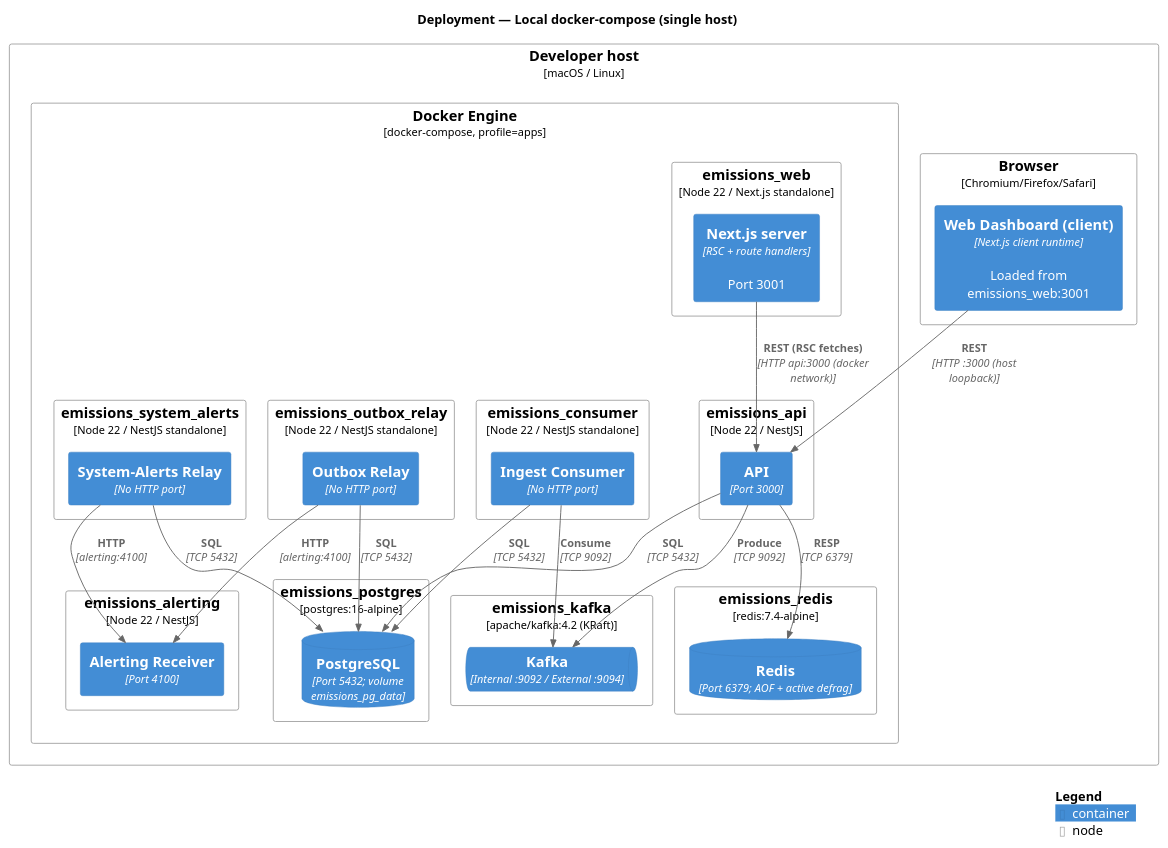
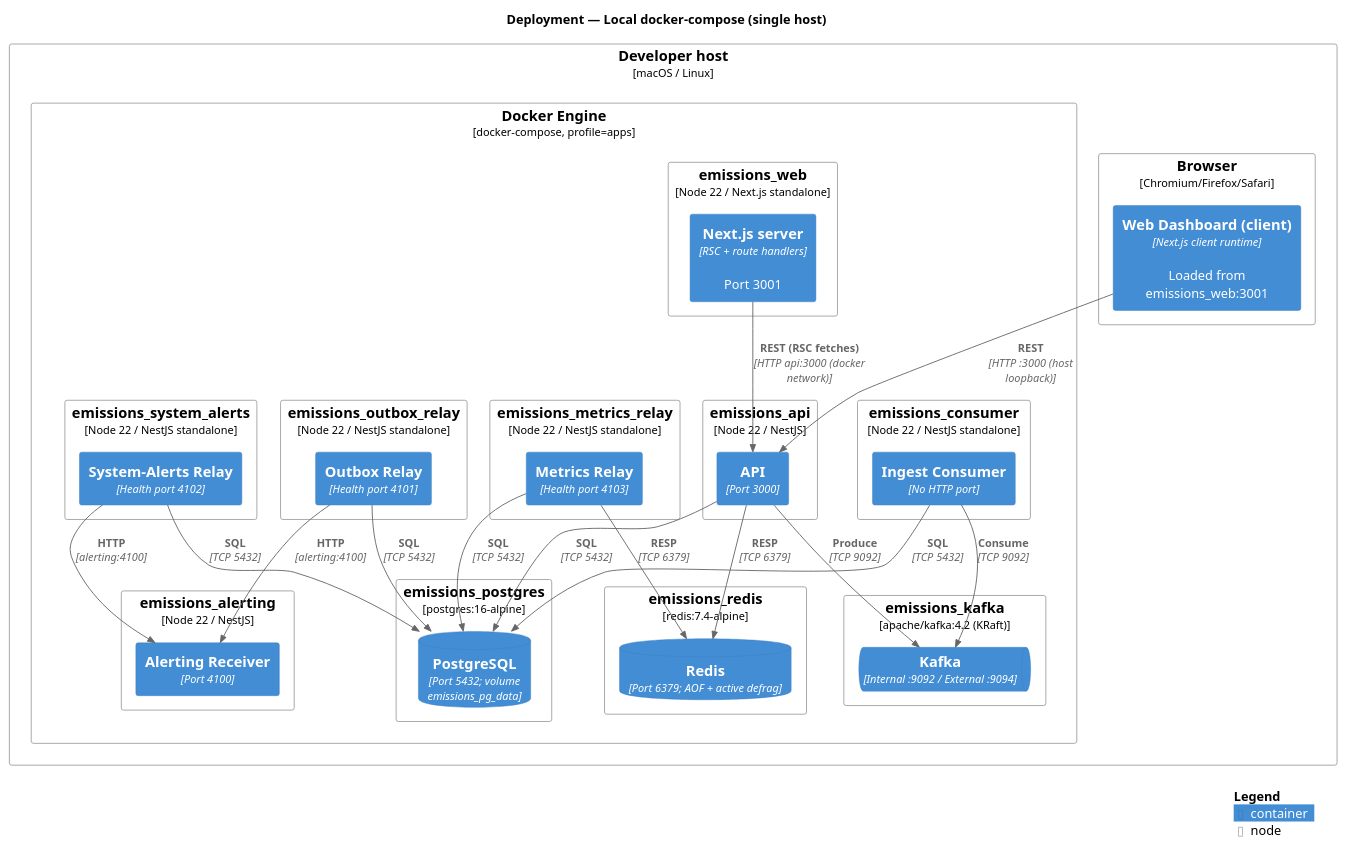
One commit to mehdone/Full-Stack-Take-Home changed the diagram in docs/c4/deployment.puml. Above: the diagram before and after it, drawn with PlantUML. The commit also changed 5 other files, not shown here.

Commit message:
Expanded C4 diagrams with `metrics-relay` components, updated Kafka topic naming, and integrated `metrics_outbox` table with related workflows. Enhanced documentation and deployment model to reflect new architecture.

```diff
--- a/docs/c4/deployment.puml
+++ b/docs/c4/deployment.puml
@@ -1,58 +1,63 @@
 @startuml Deployment
 !include https://raw.githubusercontent.com/plantuml-stdlib/C4-PlantUML/master/C4_Deployment.puml
 
 title Deployment — Local docker-compose (single host)
 
 Deployment_Node(host, "Developer host", "macOS / Linux") {
 
   Deployment_Node(browser, "Browser", "Chromium/Firefox/Safari") {
     Container(web_runtime, "Web Dashboard (client)", "Next.js client runtime", "Loaded from emissions_web:3001")
   }
 
   Deployment_Node(docker, "Docker Engine", "docker-compose, profile=apps") {
 
     Deployment_Node(n_web,    "emissions_web",            "Node 22 / Next.js standalone") {
       Container(web_server, "Next.js server", "RSC + route handlers", "Port 3001")
     }
     Deployment_Node(n_api,    "emissions_api",            "Node 22 / NestJS") {
       Container(api_inst, "API", "Port 3000")
     }
     Deployment_Node(n_cons,   "emissions_consumer",       "Node 22 / NestJS standalone") {
       Container(cons_inst, "Ingest Consumer", "No HTTP port")
     }
     Deployment_Node(n_relay,  "emissions_outbox_relay",   "Node 22 / NestJS standalone") {
-      Container(relay_inst, "Outbox Relay", "No HTTP port")
+      Container(relay_inst, "Outbox Relay", "Health port 4101")
     }
     Deployment_Node(n_sys,    "emissions_system_alerts",  "Node 22 / NestJS standalone") {
-      Container(sys_inst, "System-Alerts Relay", "No HTTP port")
+      Container(sys_inst, "System-Alerts Relay", "Health port 4102")
+    }
+    Deployment_Node(n_metrics_relay, "emissions_metrics_relay", "Node 22 / NestJS standalone") {
+      Container(metrics_relay_inst, "Metrics Relay", "Health port 4103")
     }
     Deployment_Node(n_alert,  "emissions_alerting",       "Node 22 / NestJS") {
       Container(alert_inst, "Alerting Receiver", "Port 4100")
     }
 
     Deployment_Node(n_pg,     "emissions_postgres",       "postgres:16-alpine") {
       ContainerDb(pg_inst, "PostgreSQL", "Port 5432; volume emissions_pg_data")
     }
     Deployment_Node(n_redis,  "emissions_redis",          "redis:7.4-alpine") {
       ContainerDb(redis_inst, "Redis", "Port 6379; AOF + active defrag")
     }
     Deployment_Node(n_kafka,  "emissions_kafka",          "apache/kafka:4.2 (KRaft)") {
       ContainerQueue(kafka_inst, "Kafka", "Internal :9092 / External :9094")
     }
   }
 }
 
 Rel(web_runtime, api_inst, "REST", "HTTP :3000 (host loopback)")
 Rel(web_server,  api_inst, "REST (RSC fetches)", "HTTP api:3000 (docker network)")
 Rel(api_inst,    pg_inst,  "SQL", "TCP 5432")
 Rel(api_inst,    redis_inst, "RESP", "TCP 6379")
 Rel(api_inst,    kafka_inst, "Produce", "TCP 9092")
 Rel(cons_inst,   kafka_inst, "Consume", "TCP 9092")
 Rel(cons_inst,   pg_inst,    "SQL", "TCP 5432")
 Rel(relay_inst,  pg_inst,    "SQL", "TCP 5432")
 Rel(relay_inst,  alert_inst, "HTTP", "alerting:4100")
 Rel(sys_inst,    pg_inst,    "SQL", "TCP 5432")
 Rel(sys_inst,    alert_inst, "HTTP", "alerting:4100")
+Rel(metrics_relay_inst, pg_inst,    "SQL", "TCP 5432")
+Rel(metrics_relay_inst, redis_inst, "RESP", "TCP 6379")
 
 SHOW_LEGEND()
 @enduml
```
